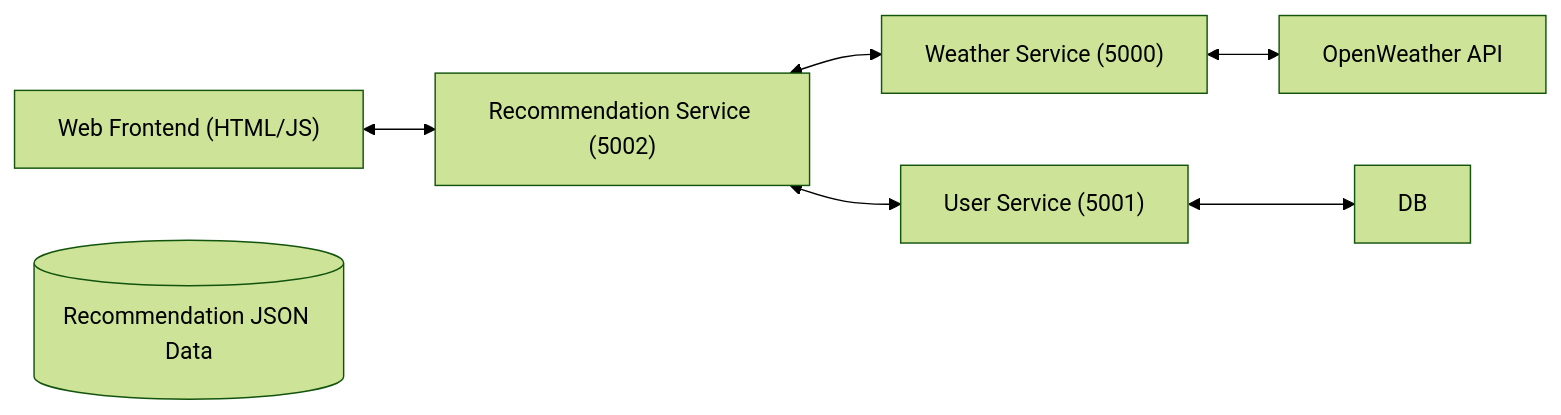
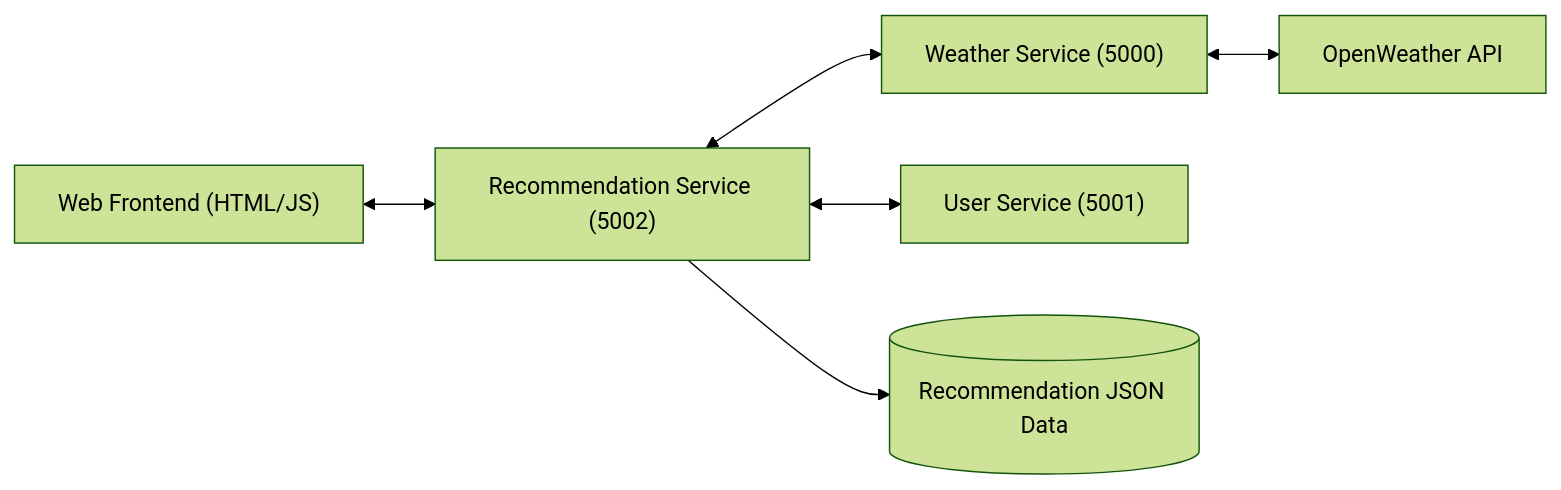
One commit to drashti927/Weather-Activity-Recommender changed the diagram in README.md. Above: the diagram before and after it, drawn with Mermaid (forest theme).

````diff
--- a/README.md
+++ b/README.md
@@ -43,18 +43,18 @@
 ```mermaid
 flowchart LR
 
 UI["Web Frontend (HTML/JS)"]
 REC["Recommendation Service (5002)"]
 WEA["Weather Service (5000)"]
 USR["User Service (5001)"]
 
 API["OpenWeather API"]
 DATA[("Recommendation JSON Data")]
 
 UI <--> REC
 REC <--> WEA
 REC <--> USR
 WEA <--> API
-USR <--> DB
+REC --> DATA
 
 ```
````
